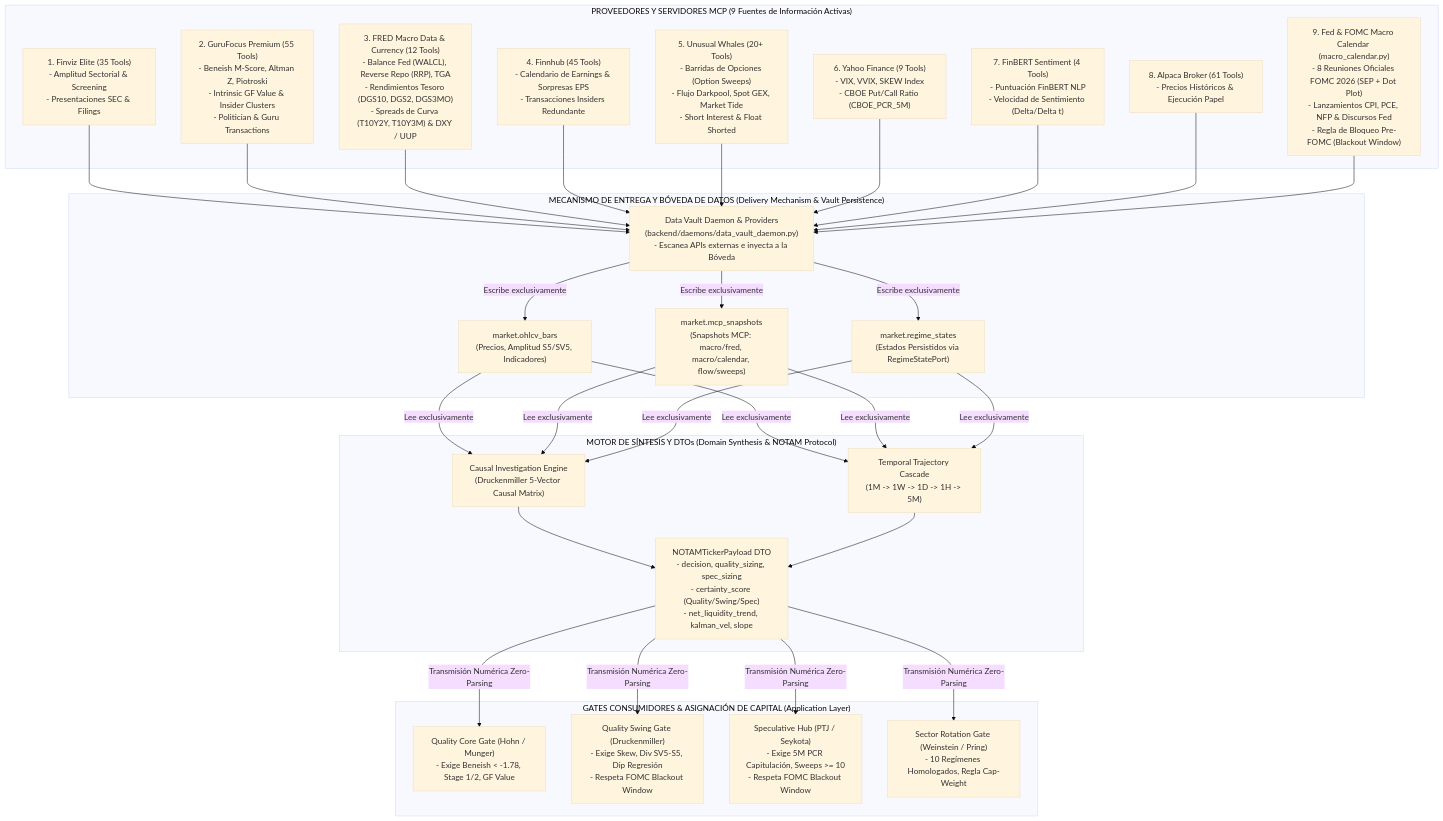
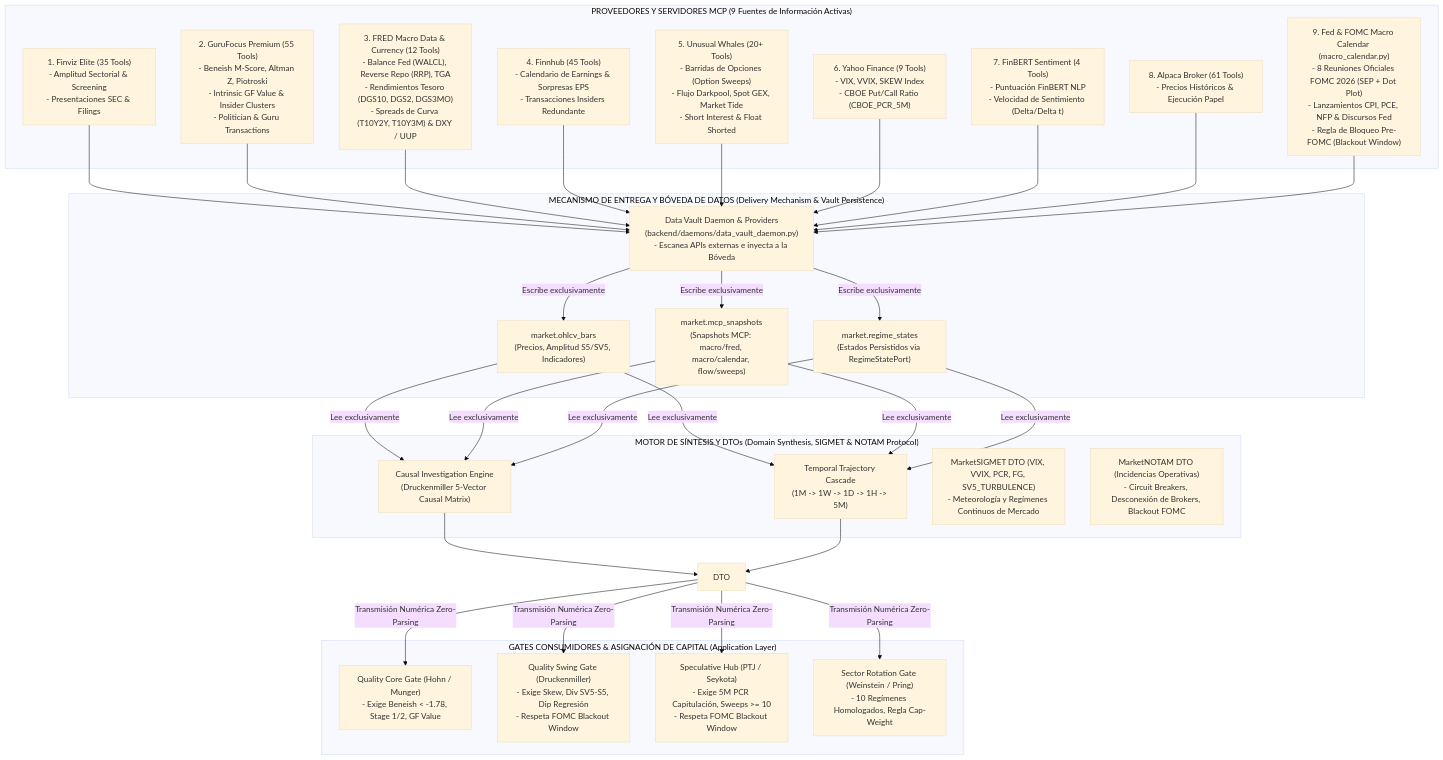
The first of 3 diagrams in docs/market_intelligence_architecture.md (Charlie7532/botero-trade-engine), drawn with Mermaid (base theme) before and after one commit. The commit also changed 30 other files, not shown here.

First line of the commit message:
feat(market-intelligence): reclassify market weather reports to SIGMET and reserve NOTAM for operational incidents

````diff
--- a/docs/market_intelligence_architecture.md
+++ b/docs/market_intelligence_architecture.md
@@ -9,40 +9,41 @@
 ```mermaid
 graph TD
     subgraph "PROVEEDORES Y SERVIDORES MCP (9 Fuentes de Información Activas)"
         MCP_FINVIZ["1. Finviz Elite (35 Tools)<br/>- Amplitud Sectorial & Screening<br/>- Presentaciones SEC & Filings"]
         MCP_GURU["2. GuruFocus Premium (55 Tools)<br/>- Beneish M-Score, Altman Z, Piotroski<br/>- Intrinsic GF Value & Insider Clusters<br/>- Politician & Guru Transactions"]
         MCP_FRED["3. FRED Macro Data & Currency (12 Tools)<br/>- Balance Fed (WALCL), Reverse Repo (RRP), TGA<br/>- Rendimientos Tesoro (DGS10, DGS2, DGS3MO)<br/>- Spreads de Curva (T10Y2Y, T10Y3M) & DXY / UUP"]
         MCP_FINNHUB["4. Finnhub (45 Tools)<br/>- Calendario de Earnings & Sorpresas EPS<br/>- Transacciones Insiders Redundante"]
         MCP_UW["5. Unusual Whales (20+ Tools)<br/>- Barridas de Opciones (Option Sweeps)<br/>- Flujo Darkpool, Spot GEX, Market Tide<br/>- Short Interest & Float Shorted"]
         MCP_YAHOO["6. Yahoo Finance (9 Tools)<br/>- VIX, VVIX, SKEW Index<br/>- CBOE Put/Call Ratio (CBOE_PCR_5M)"]
         MCP_NEWS["7. FinBERT Sentiment (4 Tools)<br/>- Puntuación FinBERT NLP<br/>- Velocidad de Sentimiento (Delta/Delta t)"]
         MCP_ALPACA["8. Alpaca Broker (61 Tools)<br/>- Precios Históricos & Ejecución Papel"]
         MCP_FED_CAL["9. Fed & FOMC Macro Calendar (macro_calendar.py)<br/>- 8 Reuniones Oficiales FOMC 2026 (SEP + Dot Plot)<br/>- Lanzamientos CPI, PCE, NFP & Discursos Fed<br/>- Regla de Bloqueo Pre-FOMC (Blackout Window)"]
     end
 
     subgraph "MECANISMO DE ENTREGA Y BÓVEDA DE DATOS (Delivery Mechanism & Vault Persistence)"
         DAEMON["Data Vault Daemon & Providers<br/>(backend/daemons/data_vault_daemon.py)<br/>- Escanea APIs externas e inyecta a la Bóveda"]
         OHLCV["market.ohlcv_bars<br/>(Precios, Amplitud S5/SV5, Indicadores)"]
         SNAPS["market.mcp_snapshots<br/>(Snapshots MCP: macro/fred, macro/calendar, flow/sweeps)"]
         STATES["market.regime_states<br/>(Estados Persistidos via RegimeStatePort)"]
     end
 
-    subgraph "MOTOR DE SÍNTESIS Y DTOs (Domain Synthesis & NOTAM Protocol)"
+    subgraph "MOTOR DE SÍNTESIS Y DTOs (Domain Synthesis, SIGMET & NOTAM Protocol)"
         CIE["Causal Investigation Engine<br/>(Druckenmiller 5-Vector Causal Matrix)"]
         TTC["Temporal Trajectory Cascade<br/>(1M -> 1W -> 1D -> 1H -> 5M)"]
-        DTO["NOTAMTickerPayload DTO<br/>- decision, quality_sizing, spec_sizing<br/>- certainty_score (Quality/Swing/Spec)<br/>- net_liquidity_trend, kalman_vel, slope"]
+        SIGMET_DTO["MarketSIGMET DTO (VIX, VVIX, PCR, FG, SV5_TURBULENCE)<br/>- Meteorología y Regímenes Continuos de Mercado"]
+        NOTAM_DTO["MarketNOTAM DTO (Incidencias Operativas)<br/>- Circuit Breakers, Desconexión de Brokers, Blackout FOMC"]
     end
 
     subgraph "GATES CONSUMIDORES & ASIGNACIÓN DE CAPITAL (Application Layer)"
         QCG["Quality Core Gate (Hohn / Munger)<br/>- Exige Beneish < -1.78, Stage 1/2, GF Value"]
         QSG["Quality Swing Gate (Druckenmiller)<br/>- Exige Skew, Div SV5-S5, Dip Regresión<br/>- Respeta FOMC Blackout Window"]
         SEH["Speculative Hub (PTJ / Seykota)<br/>- Exige 5M PCR Capitulación, Sweeps >= 10<br/>- Respeta FOMC Blackout Window"]
         SRG["Sector Rotation Gate (Weinstein / Pring)<br/>- 10 Regímenes Homologados, Regla Cap-Weight"]
     end
 
     MCP_FINVIZ & MCP_GURU & MCP_FRED & MCP_FINNHUB & MCP_UW & MCP_YAHOO & MCP_NEWS & MCP_ALPACA & MCP_FED_CAL --> DAEMON
     DAEMON -->|Escribe exclusivamente| OHLCV & SNAPS & STATES
     OHLCV & SNAPS & STATES -->|Lee exclusivamente| CIE & TTC
     CIE & TTC --> DTO
     DTO -->|Transmisión Numérica Zero-Parsing| QCG & QSG & SEH & SRG
 ```
````
